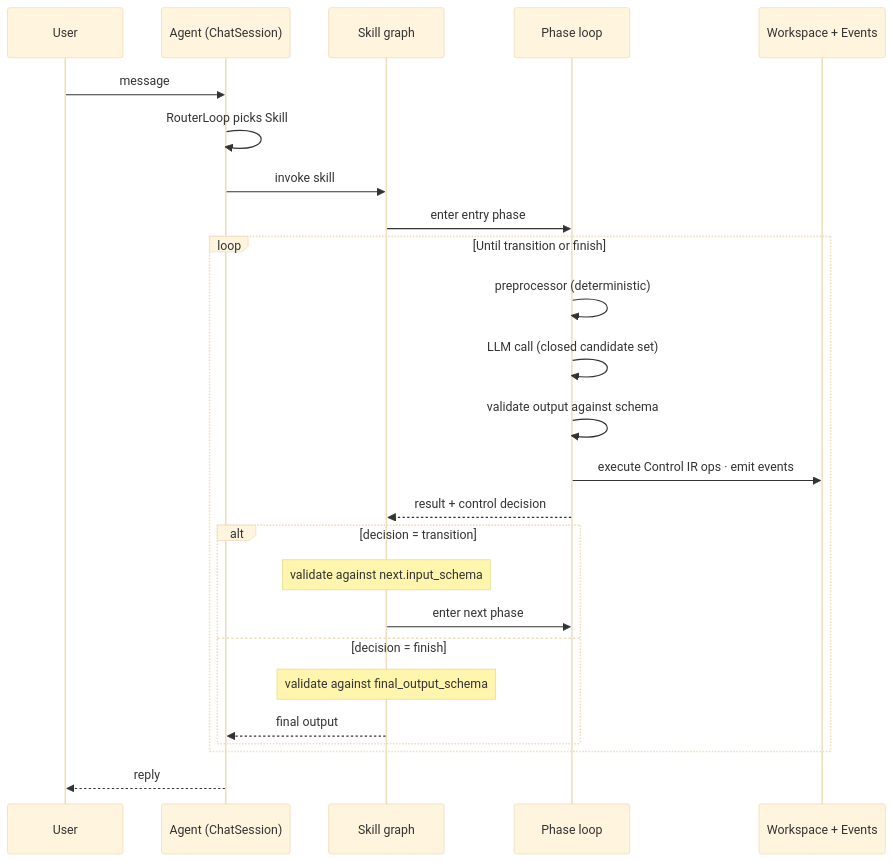
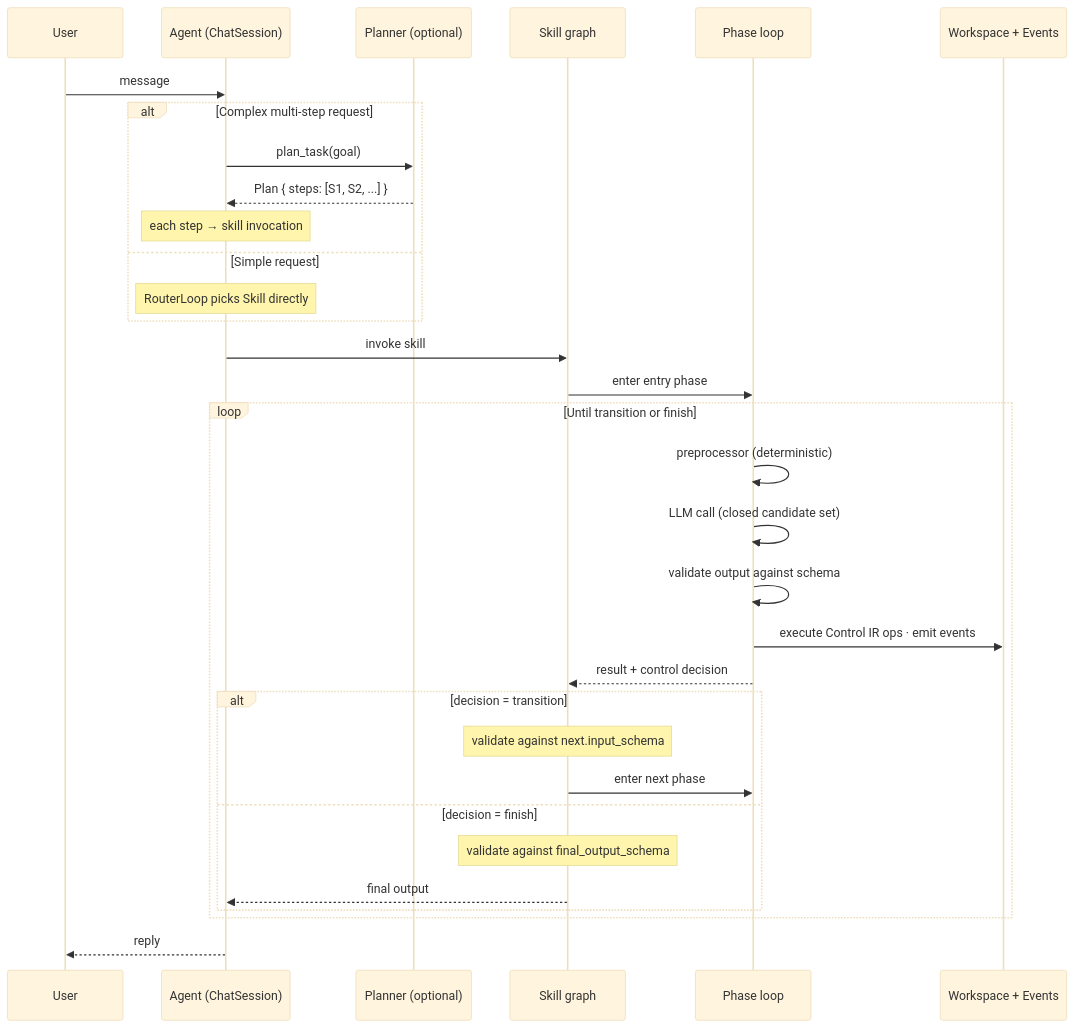
Before and after one commit to tya5/reyn: diagram 11 of 11 in docs/research/architecture-diagrams.md, drawn with Mermaid (base theme). The commit also changed 2 other files, not shown here.

Commit message:
diagram(arch): S03 sequence 図に Planner 経路を追加
complex multi-step request 時に Planner を経由する分岐を alt block で
可視化。simple request はそのまま RouterLoop が Skill を直接 dispatch。

````diff
--- a/docs/research/architecture-diagrams.md
+++ b/docs/research/architecture-diagrams.md
@@ -327,31 +327,40 @@
 ```mermaid
 sequenceDiagram
     participant U as User
     participant A as Agent (ChatSession)
+    participant PL as Planner (optional)
     participant SK as Skill graph
     participant PH as Phase loop
     participant WS as Workspace + Events
 
     U->>A: message
-    A->>A: RouterLoop picks Skill
+
+    alt Complex multi-step request
+        A->>PL: plan_task(goal)
+        PL-->>A: Plan { steps: [S1, S2, ...] }
+        Note over A: each step → skill invocation
+    else Simple request
+        Note over A: RouterLoop picks Skill directly
+    end
+
     A->>SK: invoke skill
     SK->>PH: enter entry phase
 
     loop Until transition or finish
         PH->>PH: preprocessor (deterministic)
         PH->>PH: LLM call (closed candidate set)
         PH->>PH: validate output against schema
         PH->>WS: execute Control IR ops · emit events
         PH-->>SK: result + control decision
 
         alt decision = transition
             Note over SK: validate against next.input_schema
             SK->>PH: enter next phase
         else decision = finish
             Note over SK: validate against final_output_schema
             SK-->>A: final output
         end
     end
 
     A-->>U: reply
 ```
````
